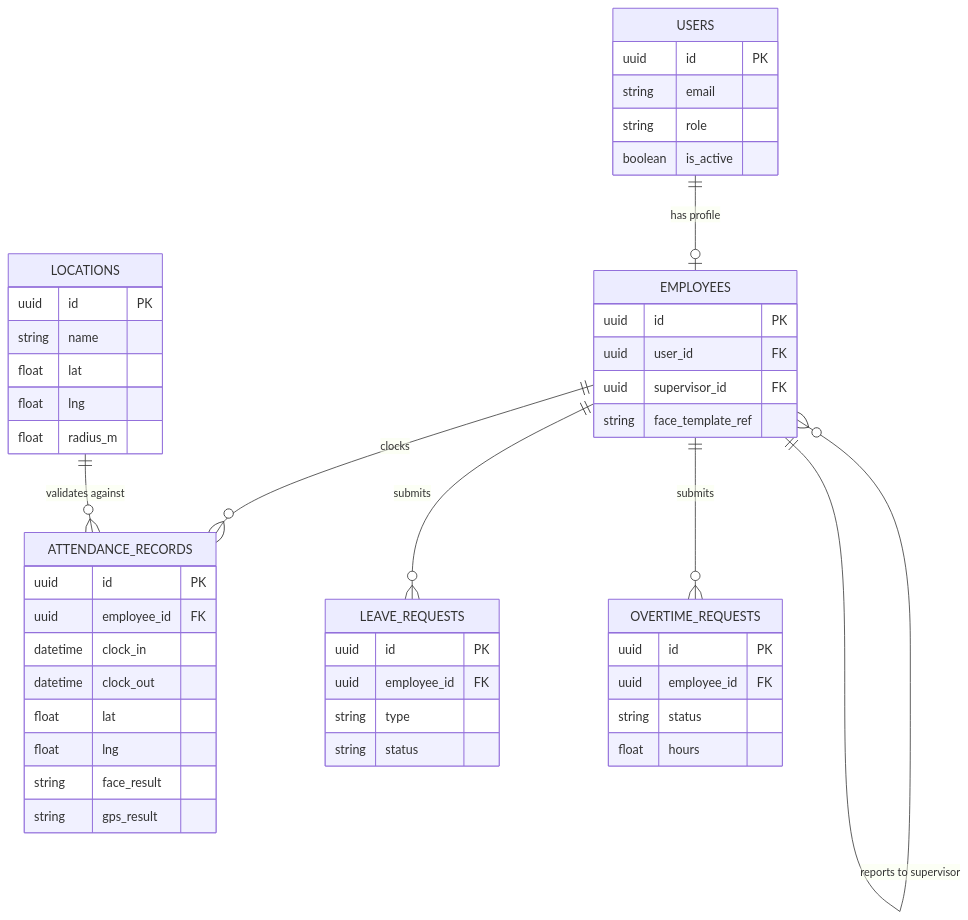
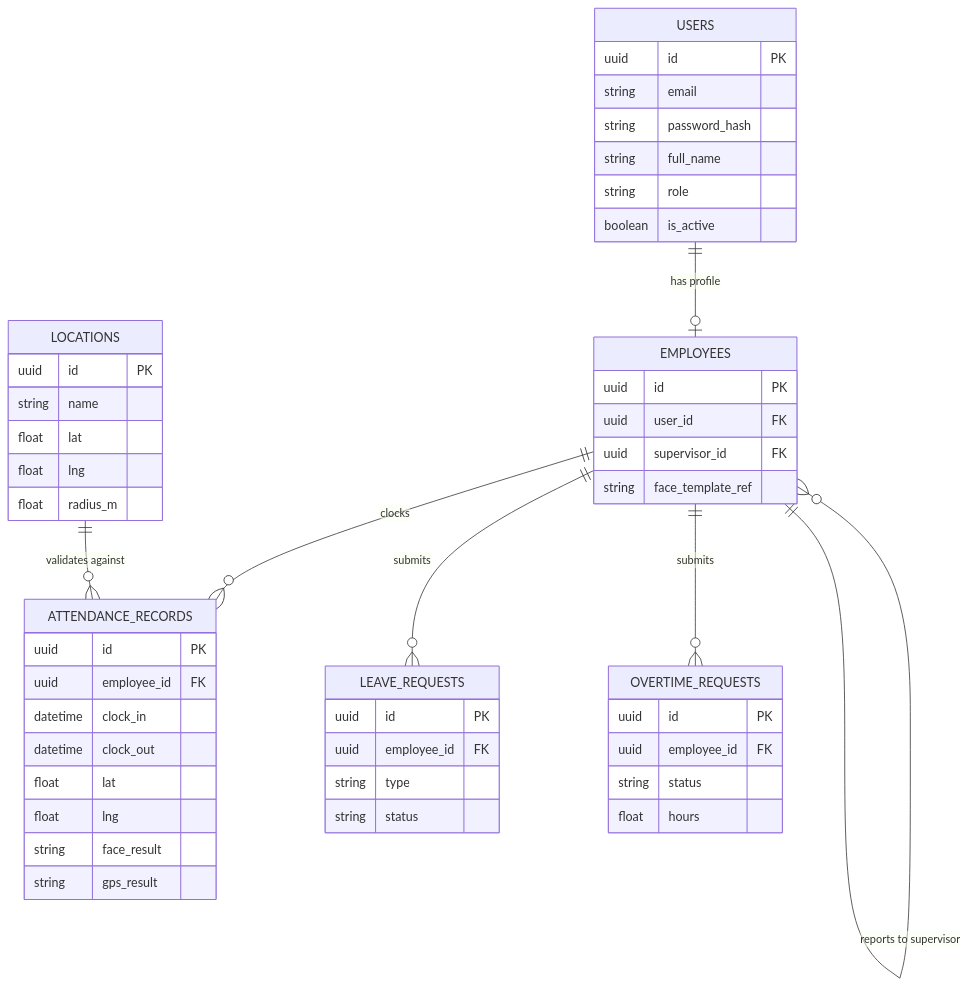
Before and after one commit to Capstone-Project-Team-B-2026/docs: the fourth of 6 diagrams in docs/infrastructure.md, drawn with Mermaid. The commit also changed other lines of this file and 1 other file, not shown here.

````diff
--- a/docs/infrastructure.md
+++ b/docs/infrastructure.md
@@ -194,50 +242,52 @@
 ```mermaid
 erDiagram
   USERS ||--o| EMPLOYEES : "has profile"
   EMPLOYEES ||--o{ ATTENDANCE_RECORDS : "clocks"
   EMPLOYEES ||--o{ LEAVE_REQUESTS : "submits"
   EMPLOYEES ||--o{ OVERTIME_REQUESTS : "submits"
   EMPLOYEES }o--|| EMPLOYEES : "reports to supervisor"
   LOCATIONS ||--o{ ATTENDANCE_RECORDS : "validates against"
   USERS {
     uuid id PK
     string email
+    string password_hash
+    string full_name
     string role
     boolean is_active
   }
   EMPLOYEES {
     uuid id PK
     uuid user_id FK
     uuid supervisor_id FK
     string face_template_ref
   }
   LOCATIONS {
     uuid id PK
     string name
     float lat
     float lng
     float radius_m
   }
   ATTENDANCE_RECORDS {
     uuid id PK
     uuid employee_id FK
     datetime clock_in
     datetime clock_out
     float lat
     float lng
     string face_result
     string gps_result
   }
   LEAVE_REQUESTS {
     uuid id PK
     uuid employee_id FK
     string type
     string status
   }
   OVERTIME_REQUESTS {
     uuid id PK
     uuid employee_id FK
     string status
     float hours
   }
 ```
````
